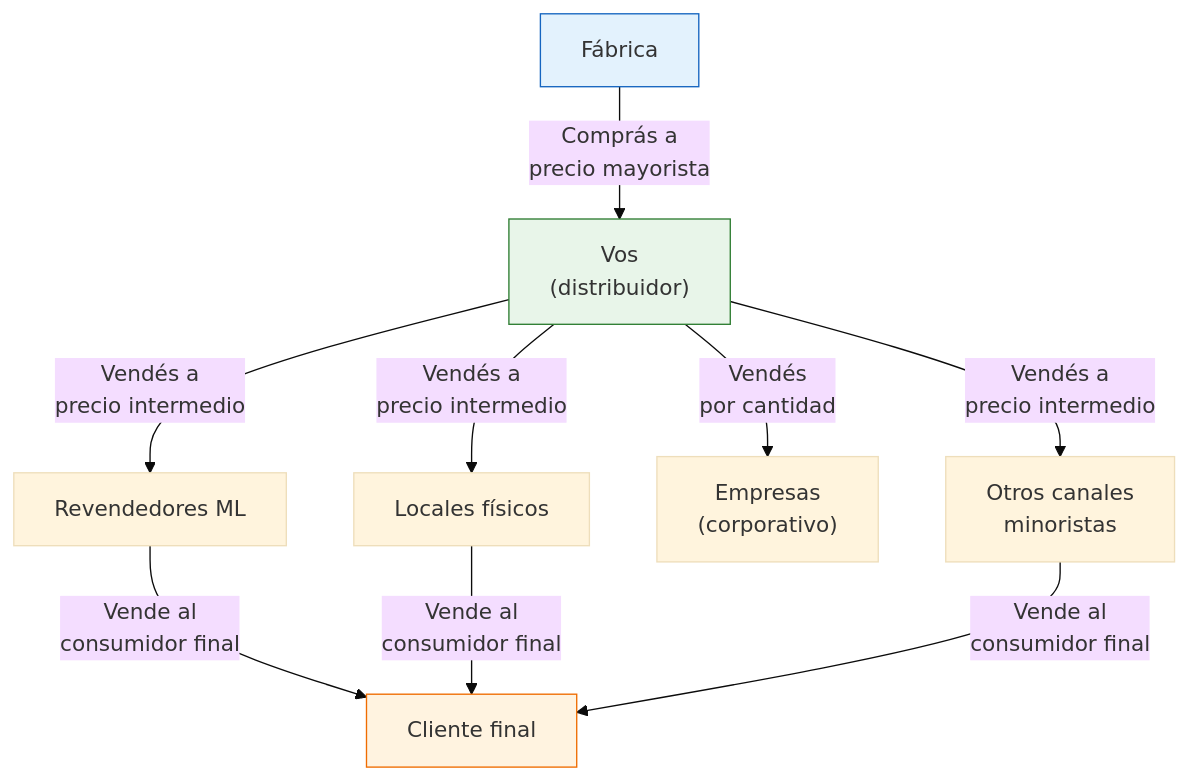
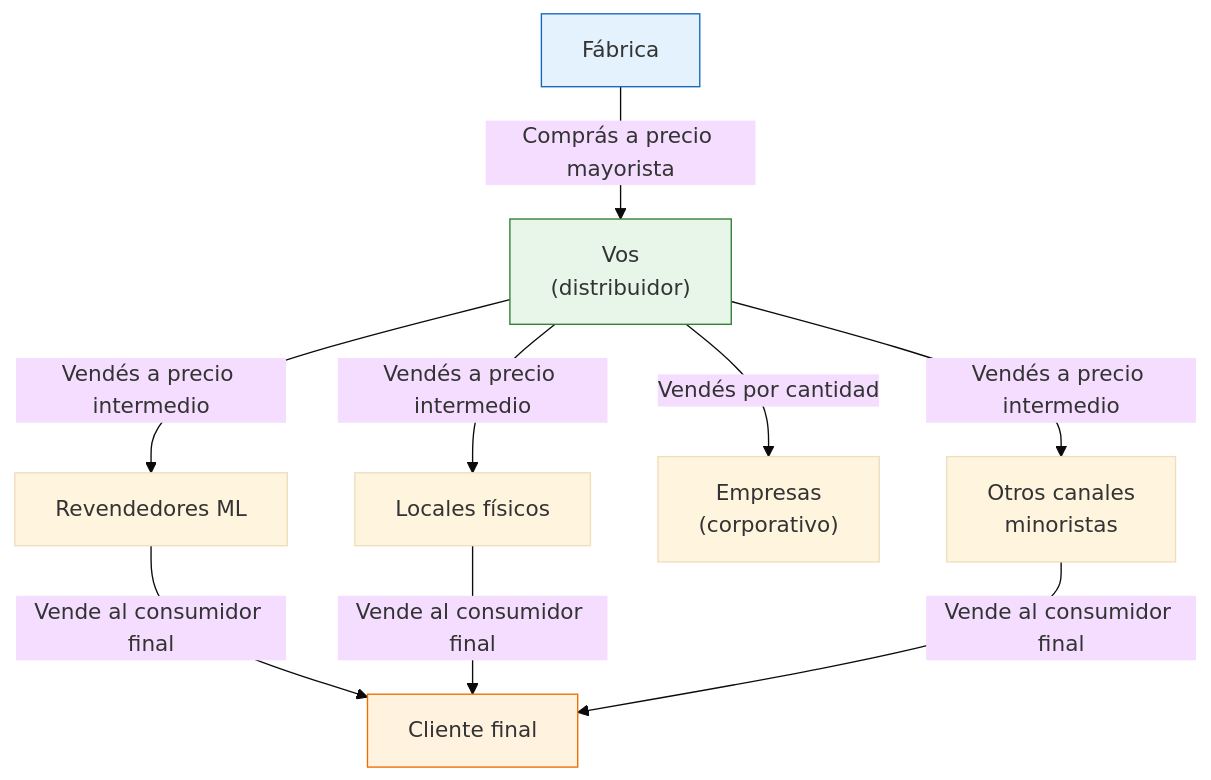
The first of 2 diagrams in app/paso1-argentina/empezar-de-cero/venta-b2b-distribucion.mdx (barrosignacioezequiel-coder/docs), drawn with Mermaid (base theme) before and after one commit. The commit also changed 10 other files, not shown here.

First line of the commit message:
fix: remove <br/> from Mermaid edge labels causing list errors

````diff
--- a/app/paso1-argentina/empezar-de-cero/venta-b2b-distribucion.mdx
+++ b/app/paso1-argentina/empezar-de-cero/venta-b2b-distribucion.mdx
@@ -20,16 +20,16 @@
 ```mermaid
 graph TD
-    A["Fábrica"] -->|"Comprás a<br/>precio mayorista"| B["Vos<br/>(distribuidor)"]
-    B -->|"Vendés a<br/>precio intermedio"| C["Revendedores ML"]
-    B -->|"Vendés a<br/>precio intermedio"| D["Locales físicos"]
-    B -->|"Vendés<br/>por cantidad"| E["Empresas<br/>(corporativo)"]
-    B -->|"Vendés a<br/>precio intermedio"| F["Otros canales<br/>minoristas"]
+    A["Fábrica"] -->|"Comprás a precio mayorista"| B["Vos<br/>(distribuidor)"]
+    B -->|"Vendés a precio intermedio"| C["Revendedores ML"]
+    B -->|"Vendés a precio intermedio"| D["Locales físicos"]
+    B -->|"Vendés por cantidad"| E["Empresas<br/>(corporativo)"]
+    B -->|"Vendés a precio intermedio"| F["Otros canales<br/>minoristas"]
 
-    C -->|"Vende al<br/>consumidor final"| G["Cliente final"]
-    D -->|"Vende al<br/>consumidor final"| G
-    F -->|"Vende al<br/>consumidor final"| G
+    C -->|"Vende al consumidor final"| G["Cliente final"]
+    D -->|"Vende al consumidor final"| G
+    F -->|"Vende al consumidor final"| G
 
     style A fill:#e3f2fd,stroke:#1565c0
     style B fill:#e8f5e9,stroke:#2e7d32
     style G fill:#fff3e0,stroke:#ef6c00
 ```
````
